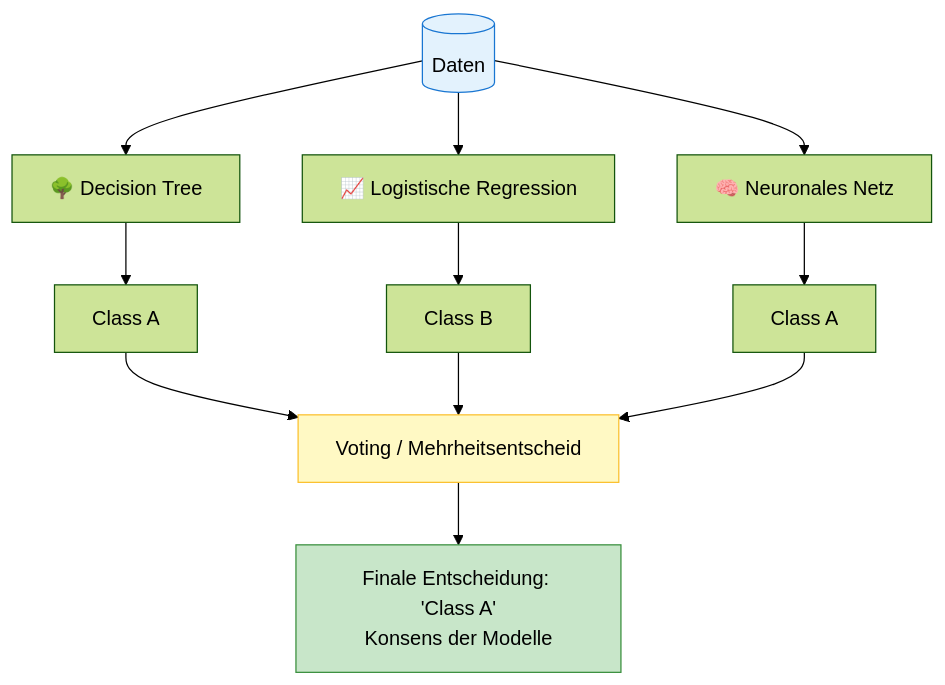
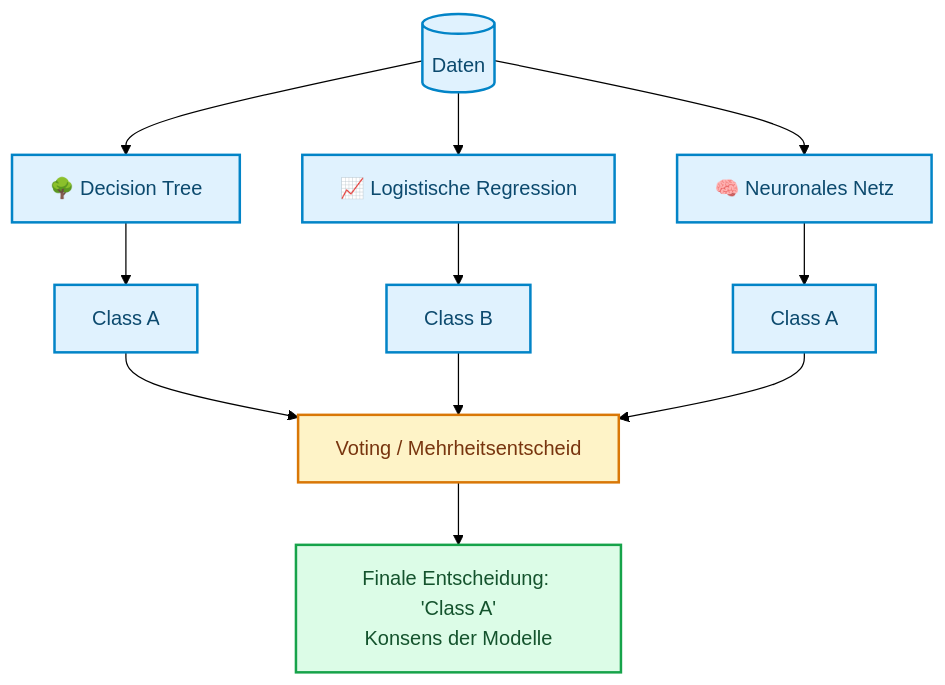
Before and after one commit to ralf-42/ML_Intro: the second of 9 diagrams in docs/concepts/modeling/stacking.md, drawn with Mermaid (forest theme). The commit also changed other lines of this file and 67 other files, not shown here.

````diff
--- a/docs/concepts/modeling/stacking.md
+++ b/docs/concepts/modeling/stacking.md
@@ -64,23 +66,25 @@
 ```mermaid
 flowchart TD
 
     D[("Daten")]
 
     D --> M1["🌳 Decision Tree"]
     D --> M2["📈 Logistische Regression"]
     D --> M3["🧠 Neuronales Netz"]
 
     M1 --> P1["Class A"]
     M2 --> P2["Class B"]
     M3 --> P3["Class A"]
 
     P1 --> V["Voting / Mehrheitsentscheid"]
     P2 --> V
     P3 --> V
 
     V --> FIN["Finale Entscheidung: 'Class A'<br>Konsens der Modelle"]
 
-    style D fill:#e3f2fd,stroke:#1976d2
-    style V fill:#fff9c4,stroke:#fbc02d
-    style FIN fill:#c8e6c9,stroke:#388e3c
+    classDef default fill:#e0f2fe,stroke:#0284c7,stroke-width:2px,color:#0c4a6e;
+    classDef metric fill:#fef3c7,stroke:#d97706,stroke-width:2px,color:#78350f;
+    classDef output fill:#dcfce7,stroke:#16a34a,stroke-width:2px,color:#14532d;
+    class V metric;
+    class FIN output;
 ```
````
